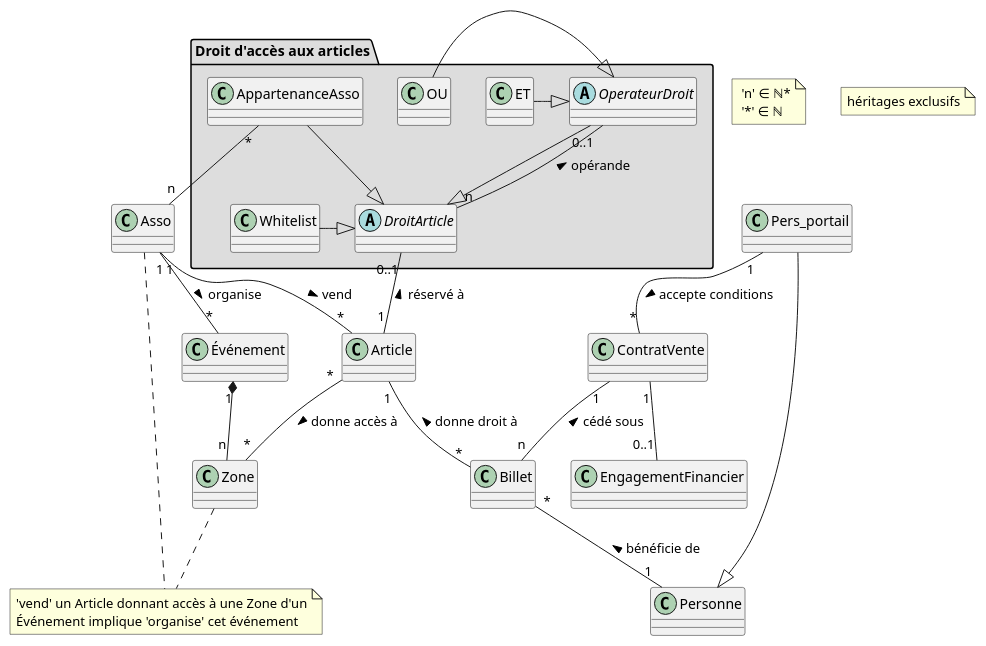
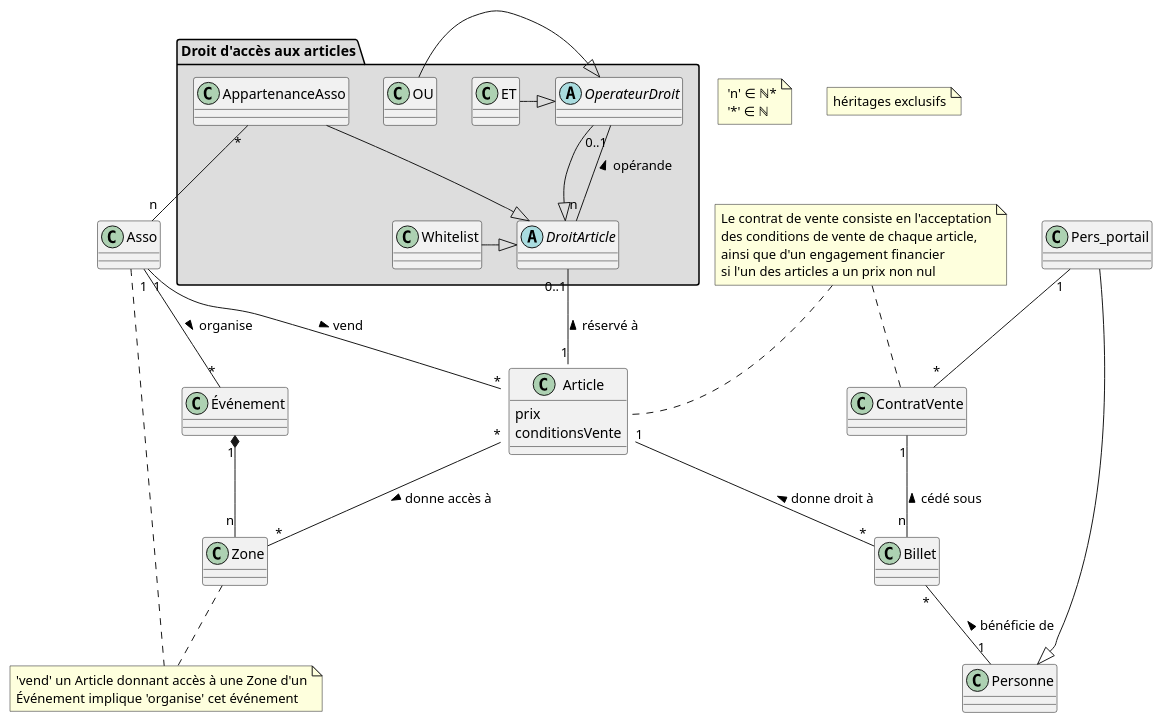
The diagram in doc-assets/sparkle.plantuml (SiMDE-Projects/sparkle), drawn with PlantUML before and after one commit.

Commit message:
précisions prix, engagement financier, contrat

```diff
--- a/doc-assets/sparkle.plantuml
+++ b/doc-assets/sparkle.plantuml
@@ -1,44 +1,49 @@
 @startuml sparkle
 skinparam groupInheritance 2
 
 note " 'n' ∈ ℕ*\n '*' ∈ ℕ" as N1
 note "héritages exclusifs" as N3
 
 Article "1" -- "*" Billet : donne droit à <
 
 Asso "1" -- "*" Article : vend >
 Asso "1" -- "*" Événement : organise >
 
 note "'vend' un Article donnant accès à une Zone d'un\nÉvénement implique 'organise' cet événement" as N2
 Asso .. N2
 Zone .. N2
 
 Événement "1" *-- "n" Zone
 Article "*" - "*" Zone : donne accès à >
 
 Pers_portail -|> Personne
 
 Billet "*" -- "1" Personne : bénéficie de <
 
 
-Pers_portail "1" -- "*" ContratVente : accepte conditions >
+Pers_portail "1" -- "*" ContratVente
 ContratVente "1" -- "n" Billet : cédé sous <
-ContratVente "1" -- "0..1" EngagementFinancier
+note "Le contrat de vente consiste en l'acceptation\ndes conditions de vente de chaque article,\nainsi que d'un engagement financier\nsi l'un des articles a un prix non nul" as N4
+N4 .. ContratVente
+N4 .. Article::prix
 
+
+Article : prix
+Article : conditionsVente
 
 package "Droit d'accès aux articles" #DDDDDD {
 
 abstract DroitArticle
 abstract OperateurDroit
 OperateurDroit --|> DroitArticle
 OperateurDroit "0..1" -- "n" DroitArticle : opérande <
 ET -|> OperateurDroit
 OU -|> OperateurDroit
 Whitelist -|> DroitArticle
 AppartenanceAsso --|> DroitArticle
 AppartenanceAsso "*" -- "n" Asso
 Article "1" -- "0..1" DroitArticle : réservé à >
 
 }
 
 @enduml
```
